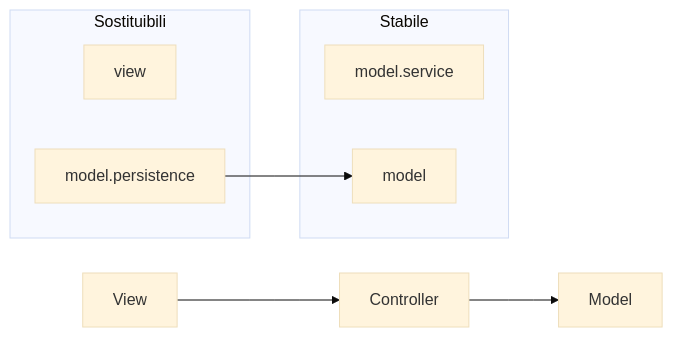
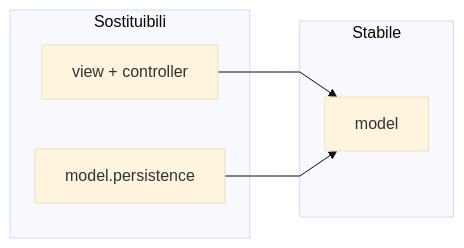
Before and after one commit to ValerioGiglio04/rpg-MPGC: the diagram in .github/wiki-pages/Estendibilita.md, drawn with Mermaid (base theme). The commit also changed other lines of this file and 49 other files, not shown here.

````diff
--- a/.github/wiki-pages/Estendibilita.md
+++ b/.github/wiki-pages/Estendibilita.md
@@ -14,15 +14,13 @@
 ```mermaid
 %%{init: {'flowchart': {'curve': 'linear'}}}%%
 flowchart LR
   subgraph sostituibili [Sostituibili]
-    UI[view]
-    Adapters[model.persistence]
+    View[view + controller]
+    Persistence[model.persistence]
   end
   subgraph stabile [Stabile]
-    App[model.service]
-    Domain[model]
+    Model[model]
   end
-  View --> Controller
-  Adapters --> Domain
-  Controller --> Model
+  View --> Model
+  Persistence --> Model
 ```
````
